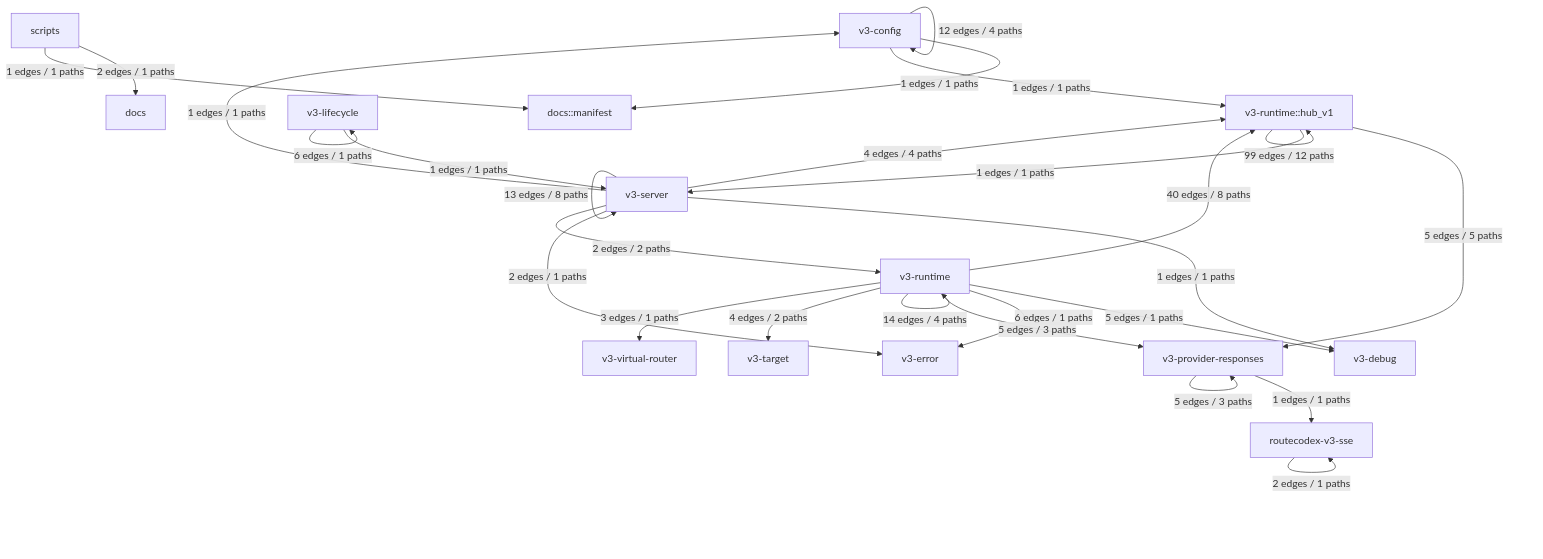
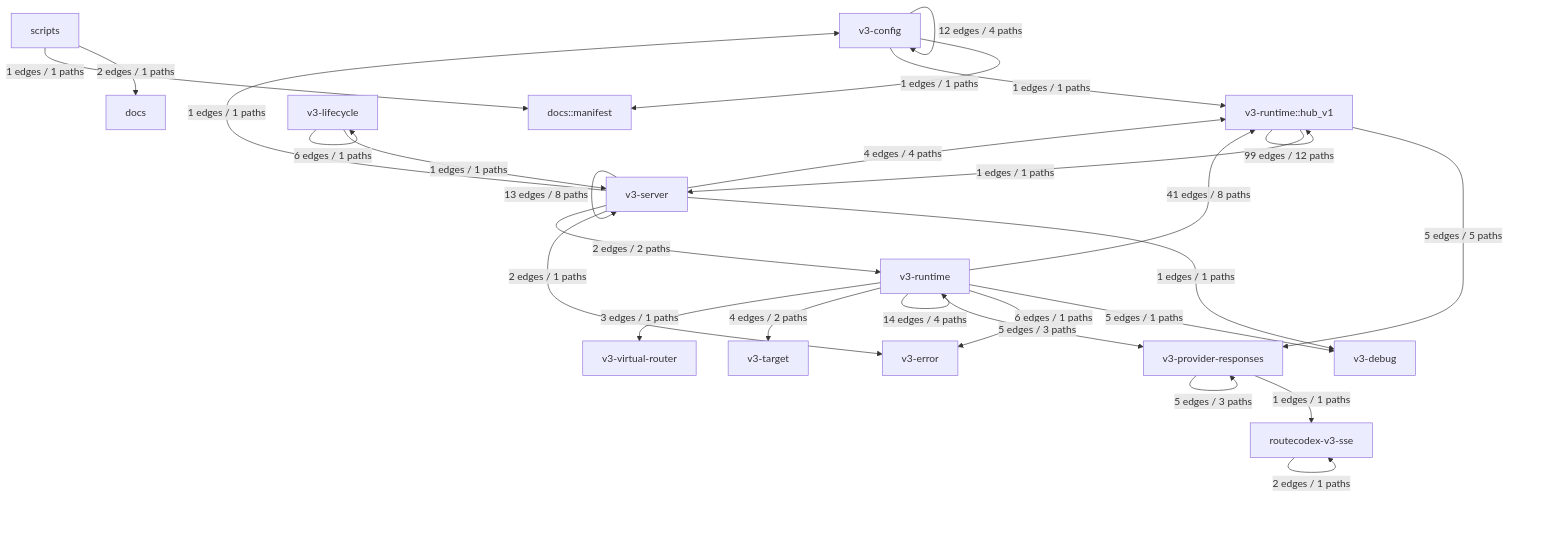
One commit to Jasonzhangf/routecodex changed the first of 37 diagrams in docs/architecture/wiki/v3-mainline-caller-flow.md. Above: the diagram before and after it, drawn with Mermaid. The commit also changed other lines of this file and 16 other files, not shown here.

````diff
--- a/docs/architecture/wiki/v3-mainline-caller-flow.md
+++ b/docs/architecture/wiki/v3-mainline-caller-flow.md
@@ -15,43 +15,43 @@
 ```mermaid
 flowchart TD
   module_docs["docs"]
   module_docs__manifest["docs::manifest"]
   module_routecodex_v3_sse["routecodex-v3-sse"]
   module_scripts["scripts"]
   module_v3_config["v3-config"]
   module_v3_debug["v3-debug"]
   module_v3_error["v3-error"]
   module_v3_lifecycle["v3-lifecycle"]
   module_v3_provider_responses["v3-provider-responses"]
   module_v3_runtime["v3-runtime"]
   module_v3_runtime__hub_v1["v3-runtime::hub_v1"]
   module_v3_server["v3-server"]
   module_v3_target["v3-target"]
   module_v3_virtual_router["v3-virtual-router"]
   module_routecodex_v3_sse -->|2 edges / 1 paths| module_routecodex_v3_sse
   module_scripts -->|2 edges / 1 paths| module_docs
   module_scripts -->|1 edges / 1 paths| module_docs__manifest
   module_v3_config -->|1 edges / 1 paths| module_docs__manifest
   module_v3_config -->|12 edges / 4 paths| module_v3_config
   module_v3_config -->|1 edges / 1 paths| module_v3_runtime__hub_v1
   module_v3_lifecycle -->|6 edges / 1 paths| module_v3_lifecycle
   module_v3_lifecycle -->|1 edges / 1 paths| module_v3_server
   module_v3_provider_responses -->|1 edges / 1 paths| module_routecodex_v3_sse
   module_v3_provider_responses -->|5 edges / 3 paths| module_v3_provider_responses
   module_v3_runtime__hub_v1 -->|5 edges / 5 paths| module_v3_provider_responses
   module_v3_runtime__hub_v1 -->|99 edges / 12 paths| module_v3_runtime__hub_v1
   module_v3_runtime__hub_v1 -->|1 edges / 1 paths| module_v3_server
   module_v3_runtime -->|5 edges / 1 paths| module_v3_debug
   module_v3_runtime -->|6 edges / 1 paths| module_v3_error
   module_v3_runtime -->|5 edges / 3 paths| module_v3_provider_responses
   module_v3_runtime -->|14 edges / 4 paths| module_v3_runtime
-  module_v3_runtime -->|40 edges / 8 paths| module_v3_runtime__hub_v1
+  module_v3_runtime -->|41 edges / 8 paths| module_v3_runtime__hub_v1
   module_v3_runtime -->|4 edges / 2 paths| module_v3_target
   module_v3_runtime -->|3 edges / 1 paths| module_v3_virtual_router
   module_v3_server -->|1 edges / 1 paths| module_v3_config
   module_v3_server -->|1 edges / 1 paths| module_v3_debug
   module_v3_server -->|2 edges / 1 paths| module_v3_error
   module_v3_server -->|2 edges / 2 paths| module_v3_runtime
   module_v3_server -->|4 edges / 4 paths| module_v3_runtime__hub_v1
   module_v3_server -->|13 edges / 8 paths| module_v3_server
 ```
````
